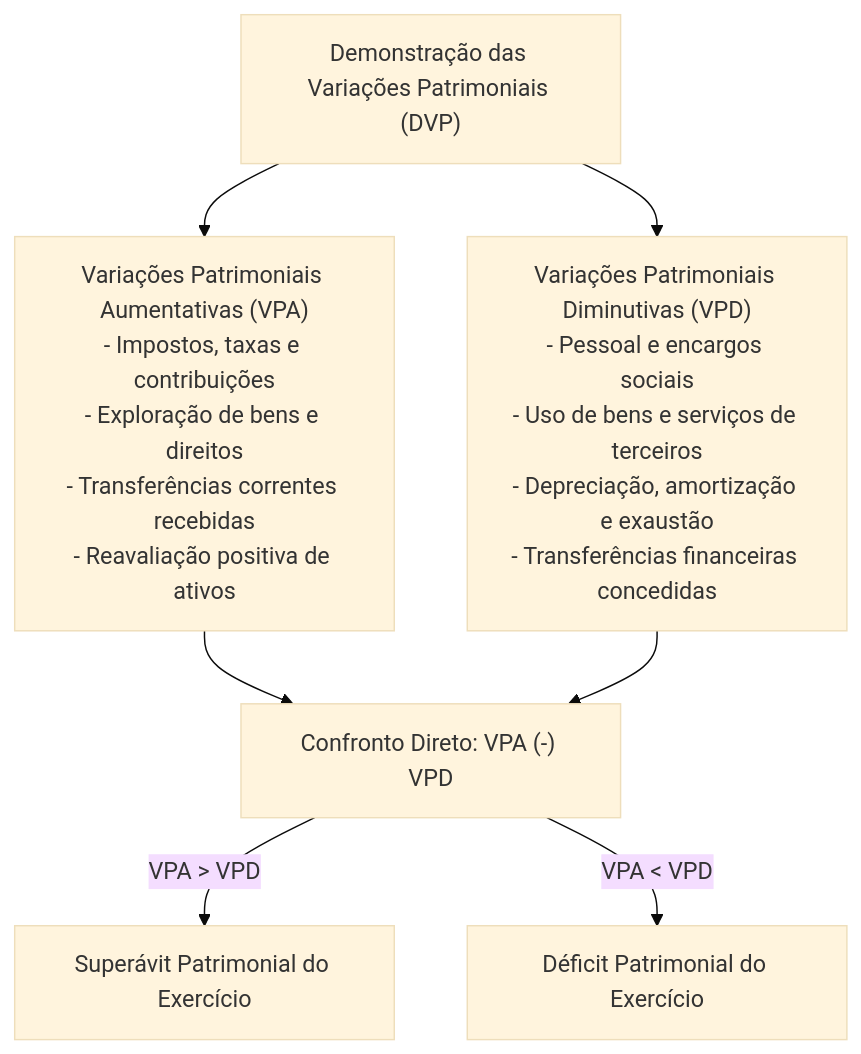
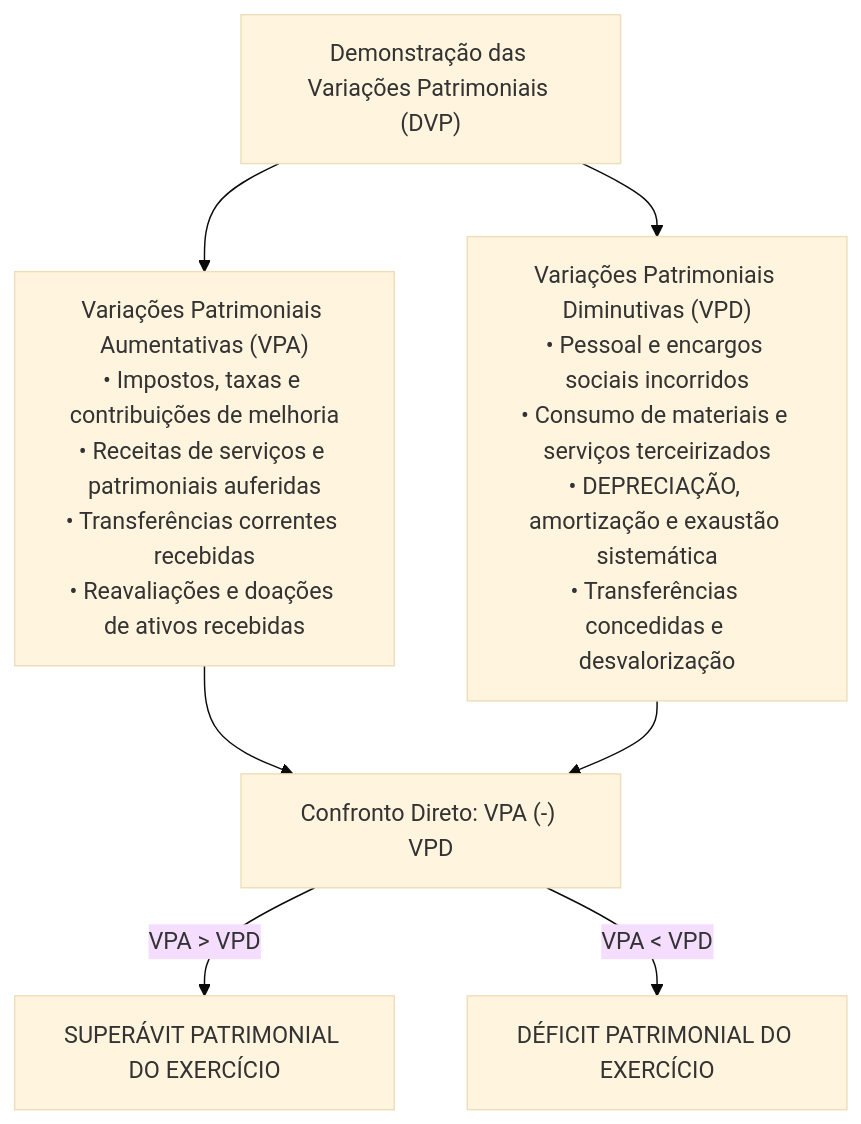
One commit to thiagosantos346/TCE-GO-2027 changed the fifth of 6 diagrams in fontes_de_estudo/conhecimentos_especificos_a01_tecnico_administrativo/20_contabilidade_aplicada_ao_setor_publico/04_demonstracoes_contabeis_mcasp_e_prestacao_de_contas.md. Above: the diagram before and after it, drawn with Mermaid (base theme). The commit also changed other lines of this file and 119 other files, not shown here.

````diff
--- a/fontes_de_estudo/conhecimentos_especificos_a01_tecnico_administrativo/20_contabilidade_aplicada_ao_setor_publico/04_demonstracoes_contabeis_mcasp_e_prestacao_de_contas.md
+++ b/fontes_de_estudo/conhecimentos_especificos_a01_tecnico_administrativo/20_contabilidade_aplicada_ao_setor_publico/04_demonstracoes_contabeis_mcasp_e_prestacao_de_contas.md
@@ -170,14 +162,14 @@
 ```mermaid
 flowchart TD
     DVP["Demonstração das Variações Patrimoniais (DVP)"]
     
-    DVP --> VPA["Variações Patrimoniais Aumentativas (VPA)<br/>- Impostos, taxas e contribuições<br/>- Exploração de bens e direitos<br/>- Transferências correntes recebidas<br/>- Reavaliação positiva de ativos"]
+    DVP --> VPA["Variações Patrimoniais Aumentativas (VPA)<br/>• Impostos, taxas e contribuições de melhoria<br/>• Receitas de serviços e patrimoniais auferidas<br/>• Transferências correntes recebidas<br/>• Reavaliações e doações de ativos recebidas"]
     
-    DVP --> VPD["Variações Patrimoniais Diminutivas (VPD)<br/>- Pessoal e encargos sociais<br/>- Uso de bens e serviços de terceiros<br/>- Depreciação, amortização e exaustão<br/>- Transferências financeiras concedidas"]
+    DVP --> VPD["Variações Patrimoniais Diminutivas (VPD)<br/>• Pessoal e encargos sociais incorridos<br/>• Consumo de materiais e serviços terceirizados<br/>• DEPRECIAÇÃO, amortização e exaustão sistemática<br/>• Transferências concedidas e desvalorização"]
     
     VPA --> Resultado["Confronto Direto: VPA (-) VPD"]
     VPD --> Resultado
     
-    Resultado -- "VPA > VPD" --> SupPat["Superávit Patrimonial do Exercício"]
-    Resultado -- "VPA < VPD" --> DefPat["Déficit Patrimonial do Exercício"]
+    Resultado -- "VPA > VPD" --> SupPat["SUPERÁVIT PATRIMONIAL DO EXERCÍCIO"]
+    Resultado -- "VPA < VPD" --> DefPat["DÉFICIT PATRIMONIAL DO EXERCÍCIO"]
 ```
````
